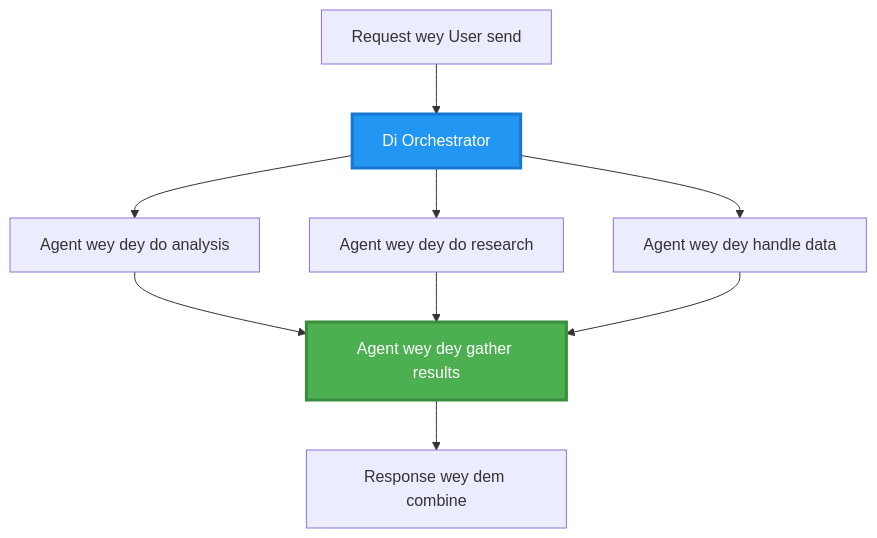
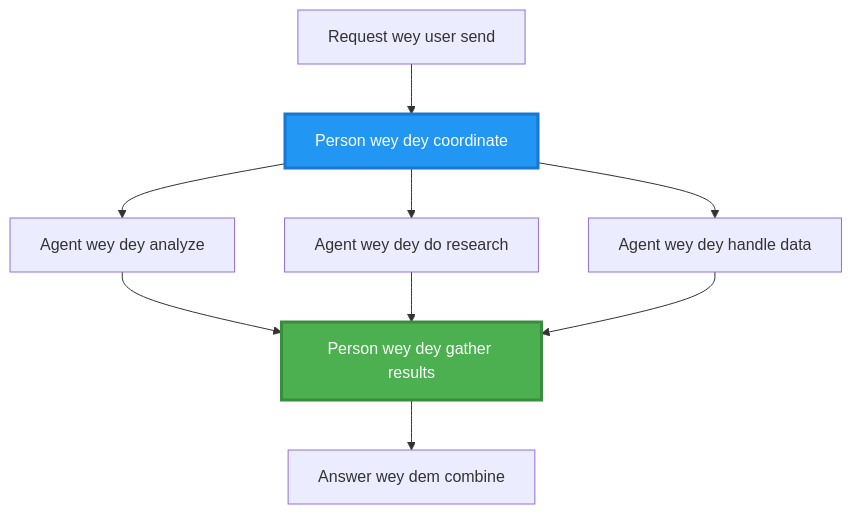
The second of 6 diagrams in translations/pcm/docs/chapter-06-pre-deployment/coordination-patterns.md (microsoft/AZD-for-beginners), drawn with Mermaid before and after one commit. The commit also changed other lines of this file and 101 other files, not shown here.

````diff
--- a/translations/pcm/docs/chapter-06-pre-deployment/coordination-patterns.md
+++ b/translations/pcm/docs/chapter-06-pre-deployment/coordination-patterns.md
@@ -106,22 +100,22 @@
 ```mermaid
 graph TB
-    User[Request wey User send]
-    Orchestrator[Di Orchestrator]
-    Agent1[Agent wey dey do analysis]
+    User[Request wey user send]
+    Orchestrator[Person wey dey coordinate]
+    Agent1[Agent wey dey analyze]
     Agent2[Agent wey dey do research]
     Agent3[Agent wey dey handle data]
-    Aggregator[Agent wey dey gather results]
-    Response[Response wey dem combine]
+    Aggregator[Person wey dey gather results]
+    Response[Answer wey dem combine]
     
     User --> Orchestrator
     Orchestrator --> Agent1
     Orchestrator --> Agent2
     Orchestrator --> Agent3
     Agent1 --> Aggregator
     Agent2 --> Aggregator
     Agent3 --> Aggregator
     Aggregator --> Response
     
     style Orchestrator fill:#2196F3,stroke:#1976D2,stroke-width:3px,color:#fff
     style Aggregator fill:#4CAF50,stroke:#388E3C,stroke-width:3px,color:#fff
 ```
````
